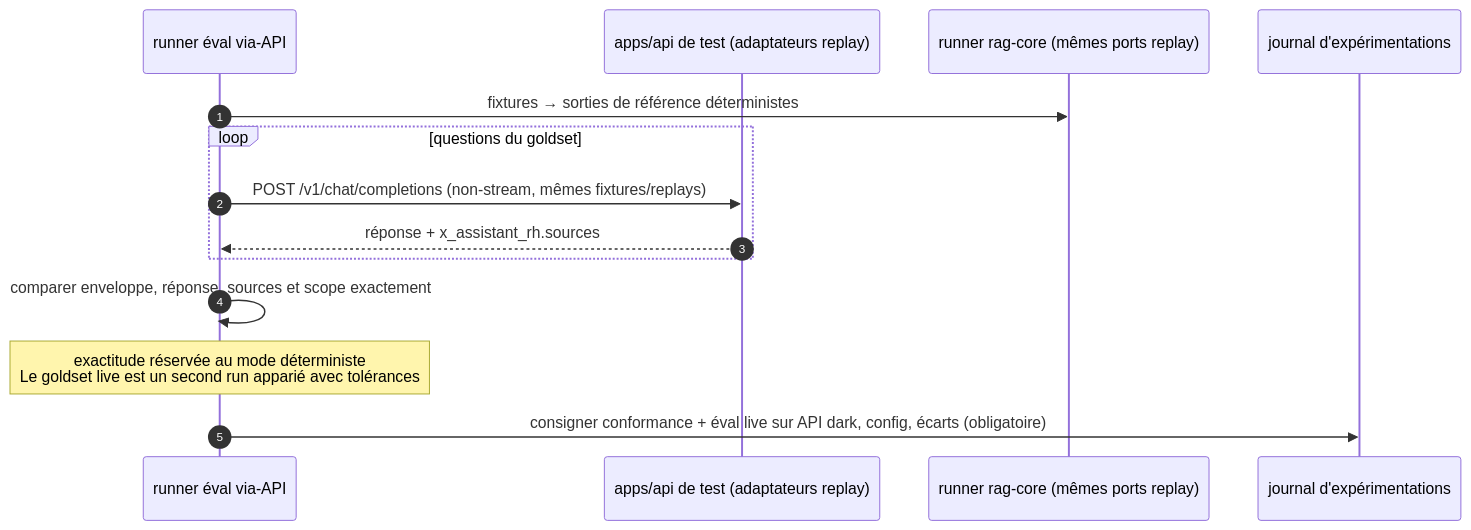
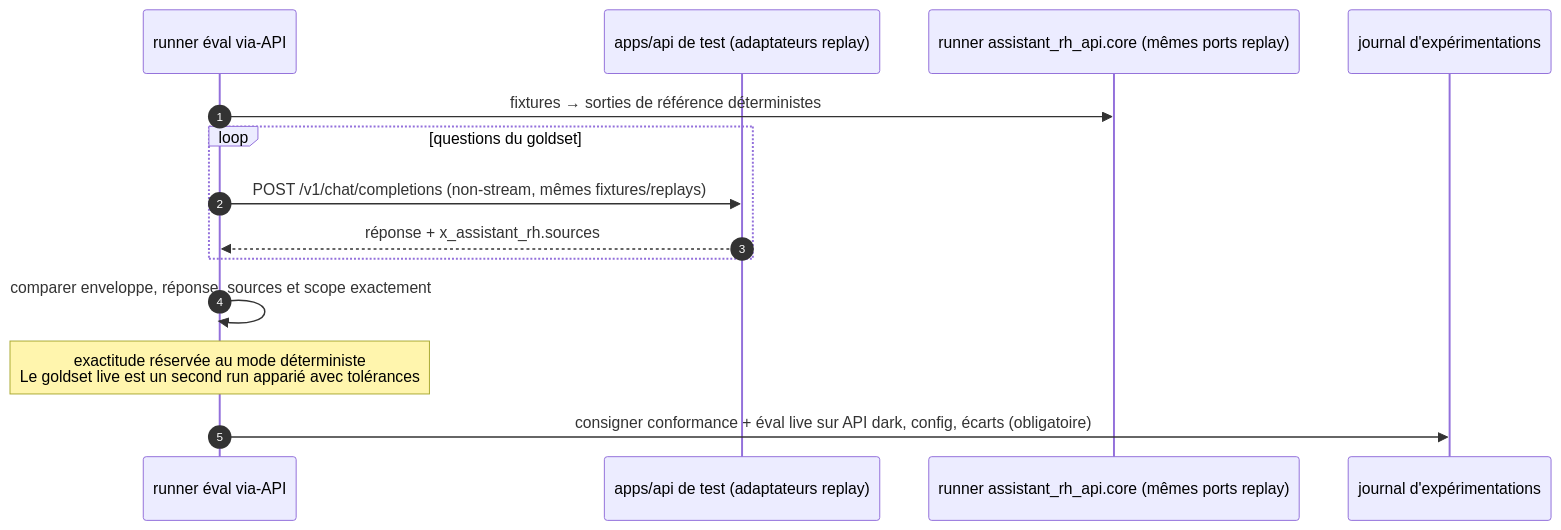
The fifth of 6 diagrams in docs/architecture/hexagonal-split/03-sequence-diagrams.md (DGAFP/assistant-rh), drawn with Mermaid before and after one commit. The commit also changed other lines of this file and 7 other files, not shown here.

````diff
--- a/docs/architecture/hexagonal-split/03-sequence-diagrams.md
+++ b/docs/architecture/hexagonal-split/03-sequence-diagrams.md
@@ -118,17 +125,17 @@
 ```mermaid
 sequenceDiagram
     autonumber
     participant R as runner éval via-API
     participant API as apps/api de test (adaptateurs replay)
-    participant CORE as runner rag-core (mêmes ports replay)
+    participant CORE as runner assistant_rh_api.core (mêmes ports replay)
     participant J as journal d'expérimentations
 
     R->>CORE: fixtures → sorties de référence déterministes
     loop questions du goldset
         R->>API: POST /v1/chat/completions (non-stream, mêmes fixtures/replays)
         API-->>R: réponse + x_assistant_rh.sources
     end
     R->>R: comparer enveloppe, réponse, sources et scope exactement
     Note over R: exactitude réservée au mode déterministe<br/>Le goldset live est un second run apparié avec tolérances
     R->>J: consigner conformance + éval live sur API dark, config, écarts (obligatoire)
 ```
````
